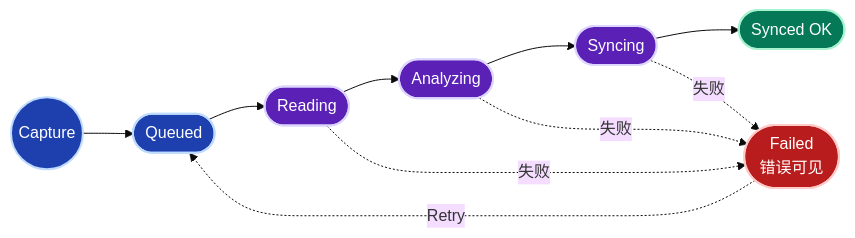
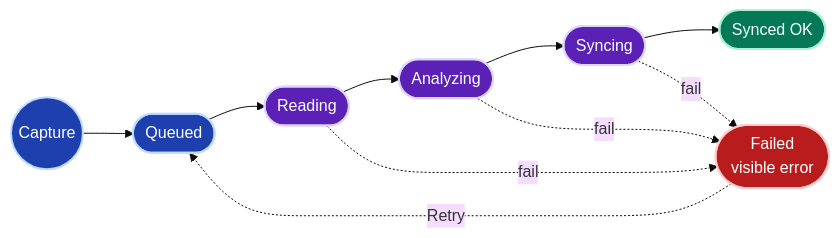
Before and after one commit to AliceDel66/ReachNote: the fourth of 5 diagrams in README.md, drawn with Mermaid (base theme). The commit also changed other lines of this file and 33 other files, not shown here.

````diff
--- a/README.md
+++ b/README.md
@@ -202,19 +208,19 @@
 ```mermaid
 flowchart LR
     classDef st fill:#1e40af,stroke:#bfdbfe,stroke-width:2px,color:#fff
     classDef work fill:#5b21b6,stroke:#ddd6fe,stroke-width:2px,color:#fff
     classDef ok fill:#047857,stroke:#a7f3d0,stroke-width:2px,color:#fff
     classDef bad fill:#b91c1c,stroke:#fecaca,stroke-width:2px,color:#fff
 
     Start((Capture)):::st
     Start --> Queued(["Queued"]):::st
     Queued --> Reading(["Reading"]):::work
     Reading --> Analyzing(["Analyzing"]):::work
     Analyzing --> Syncing(["Syncing"]):::work
     Syncing --> Synced(["Synced OK"]):::ok
 
-    Reading -. 失败 .-> Failed(["Failed<br/>错误可见"]):::bad
-    Analyzing -. 失败 .-> Failed
-    Syncing -. 失败 .-> Failed
+    Reading -. fail .-> Failed(["Failed<br/>visible error"]):::bad
+    Analyzing -. fail .-> Failed
+    Syncing -. fail .-> Failed
     Failed -. Retry .-> Queued
 ```
````
